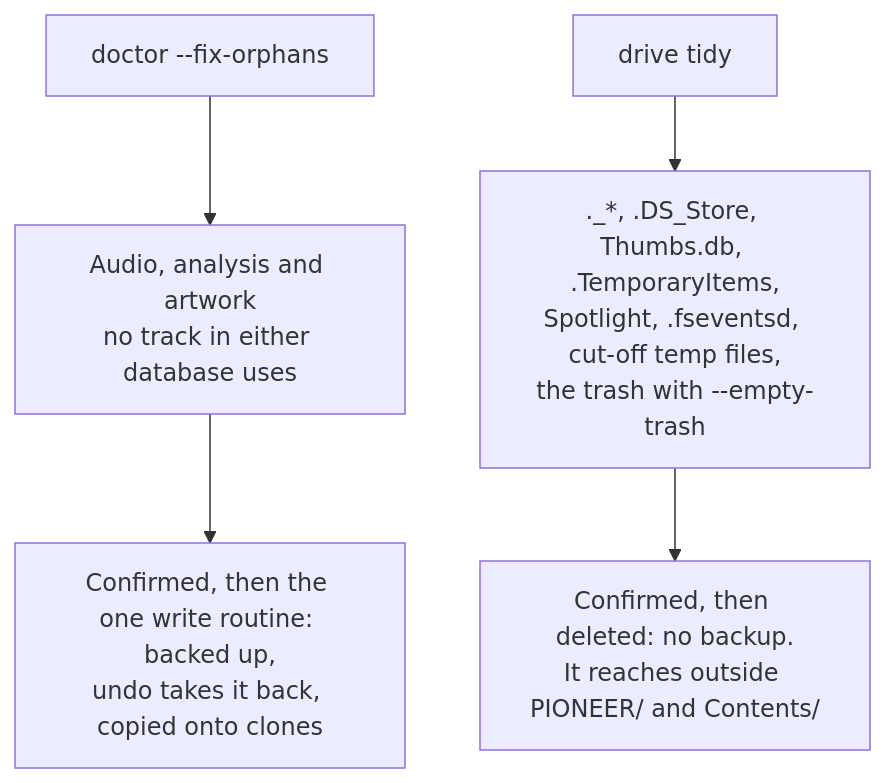
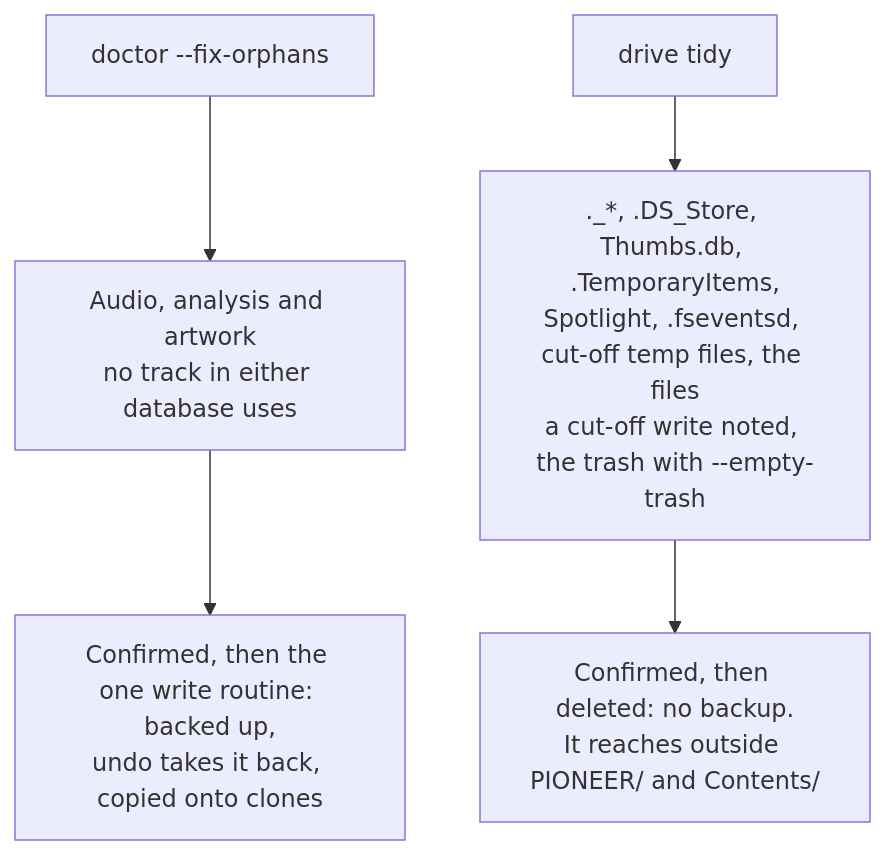
Diagram 16 of 18 in apps/locallibrary/docs/diagrams/store-and-drives.md (cutenode/localnetwork), drawn with Mermaid before and after one commit. The commit also changed other lines of this file and 6 other files, not shown here.

First line of the commit message:
docs(locallibrary): bring the diagrams up to date with the code

````diff
--- a/apps/locallibrary/docs/diagrams/store-and-drives.md
+++ b/apps/locallibrary/docs/diagrams/store-and-drives.md
@@ -325,7 +361,7 @@
 ```mermaid
 flowchart TD
     fix["doctor --fix-orphans"] --> orphans["Audio, analysis and artwork<br/>no track in either database uses"]
     orphans --> commit["Confirmed, then the one write routine: backed up,<br/>undo takes it back, copied onto clones"]
-    tidy["drive tidy"] --> clutter["._*, .DS_Store, Thumbs.db, .TemporaryItems,<br/>Spotlight, .fseventsd, cut-off temp files,<br/>the trash with --empty-trash"]
+    tidy["drive tidy"] --> clutter["._*, .DS_Store, Thumbs.db, .TemporaryItems,<br/>Spotlight, .fseventsd, cut-off temp files, the files<br/>a cut-off write noted, the trash with --empty-trash"]
     clutter --> gone["Confirmed, then deleted: no backup.<br/>It reaches outside PIONEER/ and Contents/"]
 ```
````
